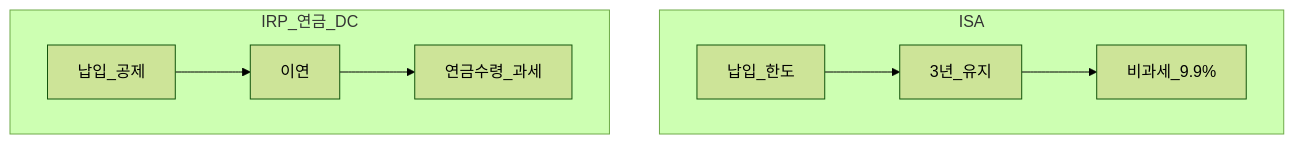
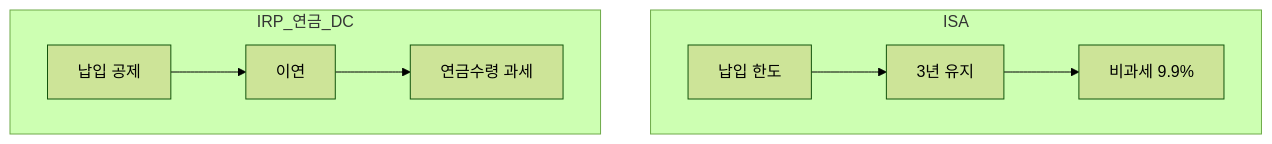
The first of 3 diagrams in 06-korea-policy/tax/isa-irp-pension-tax.md (goldanghenry/Finances), drawn with Mermaid (forest theme) before and after one commit. The commit also changed other lines of this file and 211 other files, not shown here.

````diff
--- a/06-korea-policy/tax/isa-irp-pension-tax.md
+++ b/06-korea-policy/tax/isa-irp-pension-tax.md
@@ -87,11 +101,11 @@
 ```mermaid
 flowchart TD
   subgraph isa [ISA]
-    I1[납입_한도] --> I2[3년_유지]
-    I2 --> I3[비과세_9.9%]
+    I1["납입 한도"] --> I2["3년 유지"]
+    I2 --> I3["비과세 9.9%"]
   end
   subgraph pen [IRP_연금_DC]
-    P1[납입_공제] --> P2[이연]
-    P2 --> P3[연금수령_과세]
+    P1["납입 공제"] --> P2[이연]
+    P2 --> P3["연금수령 과세"]
   end
 ```
````
